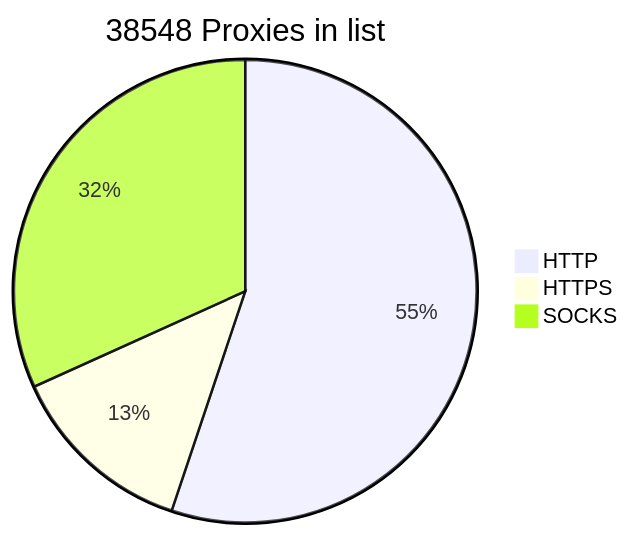
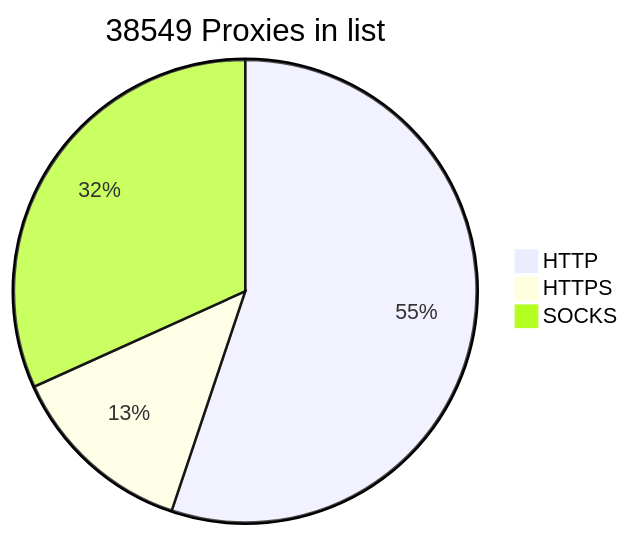
Before and after one commit to BlackSnowDot/proxylist-update-every-minute: the diagram in README.md, drawn with Mermaid.

````diff
--- a/README.md
+++ b/README.md
@@ -2,6 +2,6 @@
 ```mermaid
-pie title 38548 Proxies in list
+pie title 38549 Proxies in list
     "HTTP" : 23604
     "HTTPS": 5606
-    "SOCKS" : 13592
+    "SOCKS" : 13593
 ```
````
